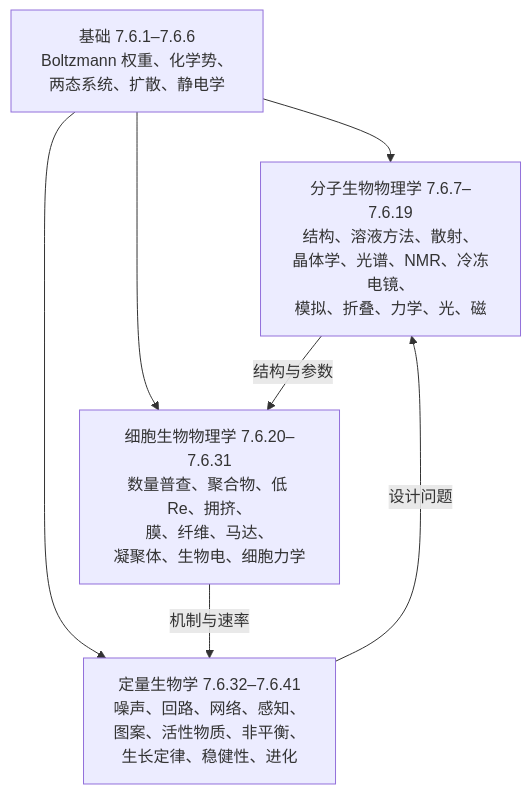
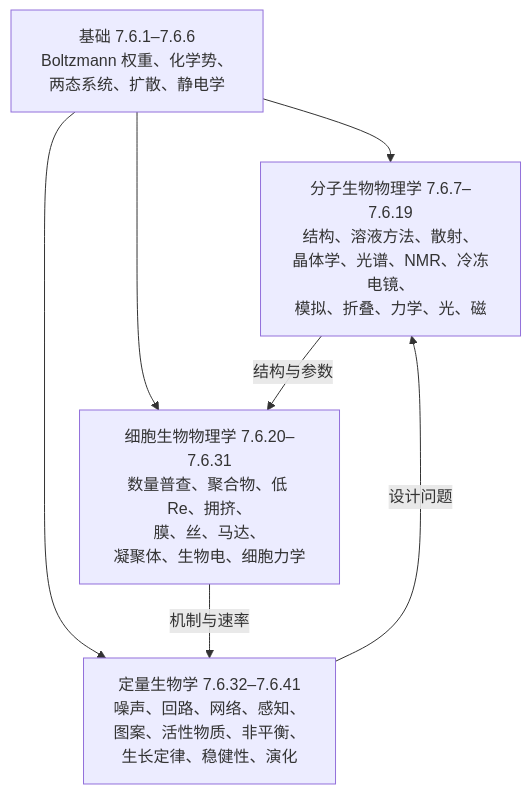
The diagram in content/7.biology/7.6.biophysics/7.6.42.course-summary-physics-life/index.zh.md (zf-li23/personal-wiki-site), drawn with Mermaid before and after one commit. The commit also changed other lines of this file and 8 other files, not shown here.

````diff
--- a/content/7.biology/7.6.biophysics/7.6.42.course-summary-physics-life/index.zh.md
+++ b/content/7.biology/7.6.biophysics/7.6.42.course-summary-physics-life/index.zh.md
@@ -15,13 +15,13 @@
 ```mermaid
 flowchart TD
   F["基础 7.6.1–7.6.6<br/>Boltzmann 权重、化学势、<br/>两态系统、扩散、静电学"]
   M["分子生物物理学 7.6.7–7.6.19<br/>结构、溶液方法、散射、<br/>晶体学、光谱、NMR、冷冻电镜、<br/>模拟、折叠、力学、光、磁"]
-  C["细胞生物物理学 7.6.20–7.6.31<br/>数量普查、聚合物、低 Re、拥挤、<br/>膜、纤维、马达、<br/>凝聚体、生物电、细胞力学"]
-  Q["定量生物学 7.6.32–7.6.41<br/>噪声、回路、网络、感知、<br/>图案、活性物质、非平衡、<br/>生长定律、稳健性、进化"]
+  C["细胞生物物理学 7.6.20–7.6.31<br/>数量普查、聚合物、低 Re、拥挤、<br/>膜、丝、马达、<br/>凝聚体、生物电、细胞力学"]
+  Q["定量生物学 7.6.32–7.6.41<br/>噪声、回路、网络、感知、<br/>图案、活性物质、非平衡、<br/>生长定律、稳健性、演化"]
   F --> M
   F --> C
   F --> Q
   M -->|"结构与参数"| C
   C -->|"机制与速率"| Q
   Q -->|"设计问题"| M
 ```
````
